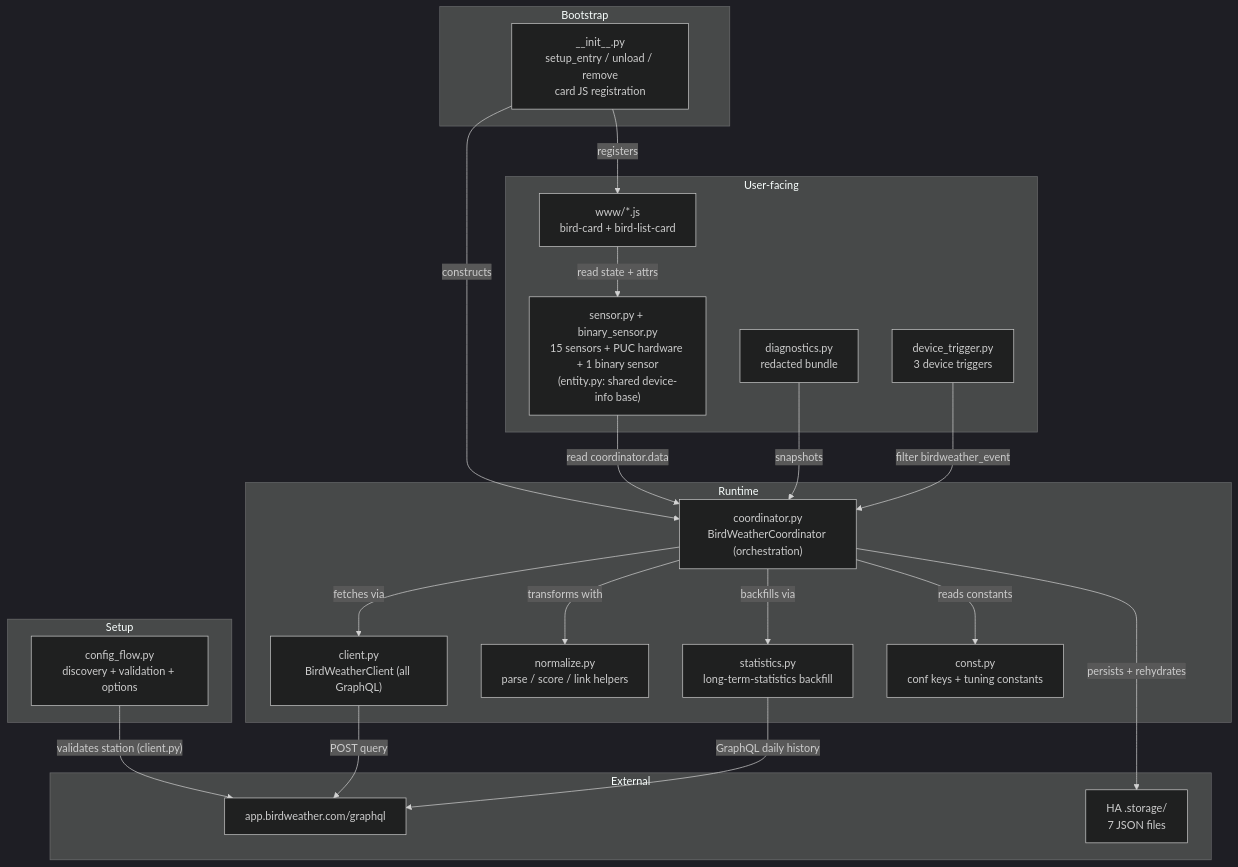
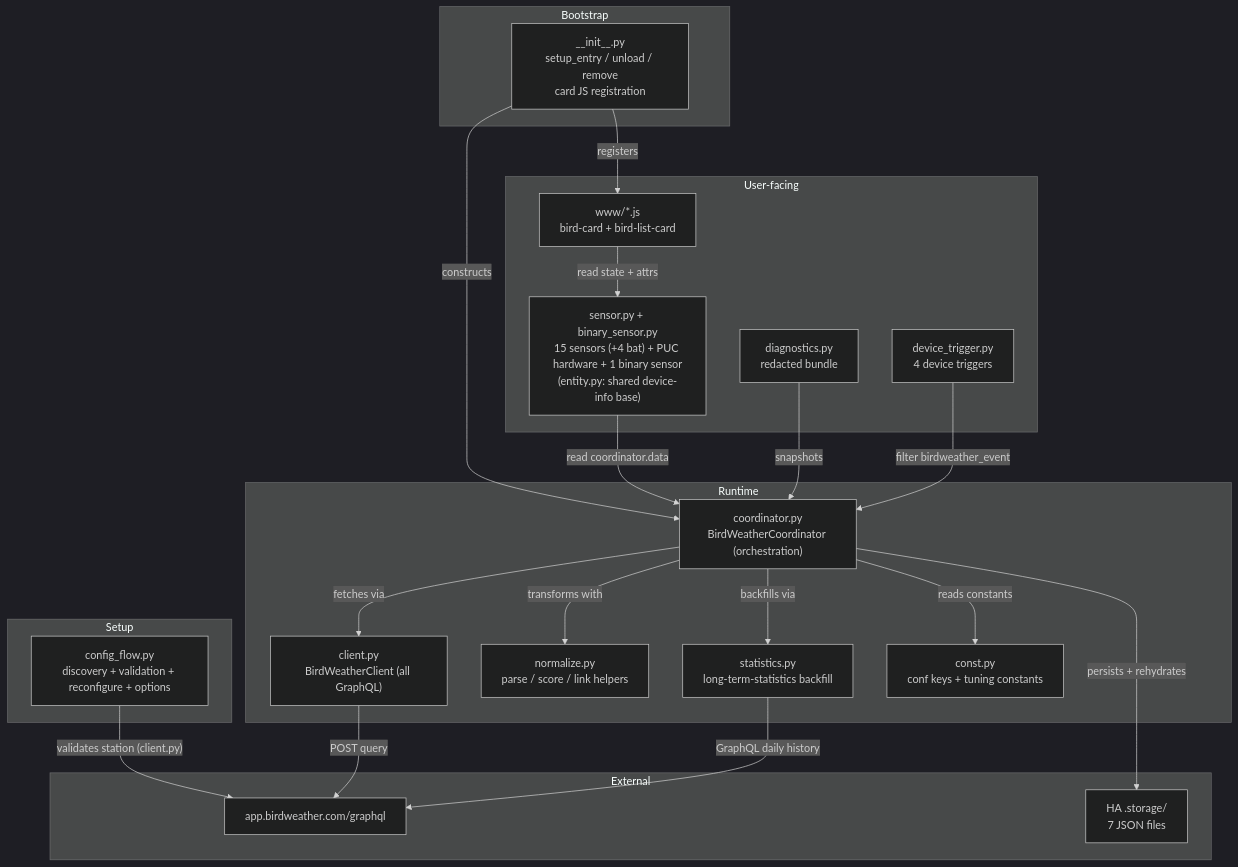
Before and after one commit to eklundjon/ha-birdweather: the first of 2 diagrams in docs/architecture.md, drawn with Mermaid (dark theme). The commit also changed other lines of this file and 8 other files, not shown here.

````diff
--- a/docs/architecture.md
+++ b/docs/architecture.md
@@ -11,41 +9,41 @@
 ```mermaid
 graph TB
     subgraph Setup
-        ConfigFlow["config_flow.py<br/>discovery + validation + options"]
+        ConfigFlow["config_flow.py<br/>discovery + validation + reconfigure + options"]
     end
     subgraph Bootstrap
         InitMod["__init__.py<br/>setup_entry / unload / remove<br/>card JS registration"]
     end
     subgraph Runtime
         Coord["coordinator.py<br/>BirdWeatherCoordinator (orchestration)"]
         Client["client.py<br/>BirdWeatherClient (all GraphQL)"]
         Normalize["normalize.py<br/>parse / score / link helpers"]
         Stats["statistics.py<br/>long-term-statistics backfill"]
         Const["const.py<br/>conf keys + tuning constants"]
     end
     subgraph User-facing
-        Sensors["sensor.py + binary_sensor.py<br/>15 sensors + PUC hardware + 1 binary sensor<br/>(entity.py: shared device-info base)"]
+        Sensors["sensor.py + binary_sensor.py<br/>15 sensors (+4 bat) + PUC hardware + 1 binary sensor<br/>(entity.py: shared device-info base)"]
         Cards["www/*.js<br/>bird-card + bird-list-card"]
         Diag["diagnostics.py<br/>redacted bundle"]
-        Triggers["device_trigger.py<br/>3 device triggers"]
+        Triggers["device_trigger.py<br/>4 device triggers"]
     end
     subgraph External
         API["app.birdweather.com/graphql"]
         HAStore["HA .storage/<br/>7 JSON files"]
     end
 
     ConfigFlow -- "validates station (client.py)" --> API
     InitMod -- "registers" --> Cards
     InitMod -- "constructs" --> Coord
     Coord -- "fetches via" --> Client
     Coord -- "transforms with" --> Normalize
     Coord -- "backfills via" --> Stats
     Coord -- "reads constants" --> Const
     Coord -- "persists + rehydrates" --> HAStore
     Client -- "POST query" --> API
     Stats -- "GraphQL daily history" --> API
     Sensors -- "read coordinator.data" --> Coord
     Cards -- "read state + attrs" --> Sensors
     Diag -- "snapshots" --> Coord
     Triggers -- "filter birdweather_event" --> Coord
 ```
````
